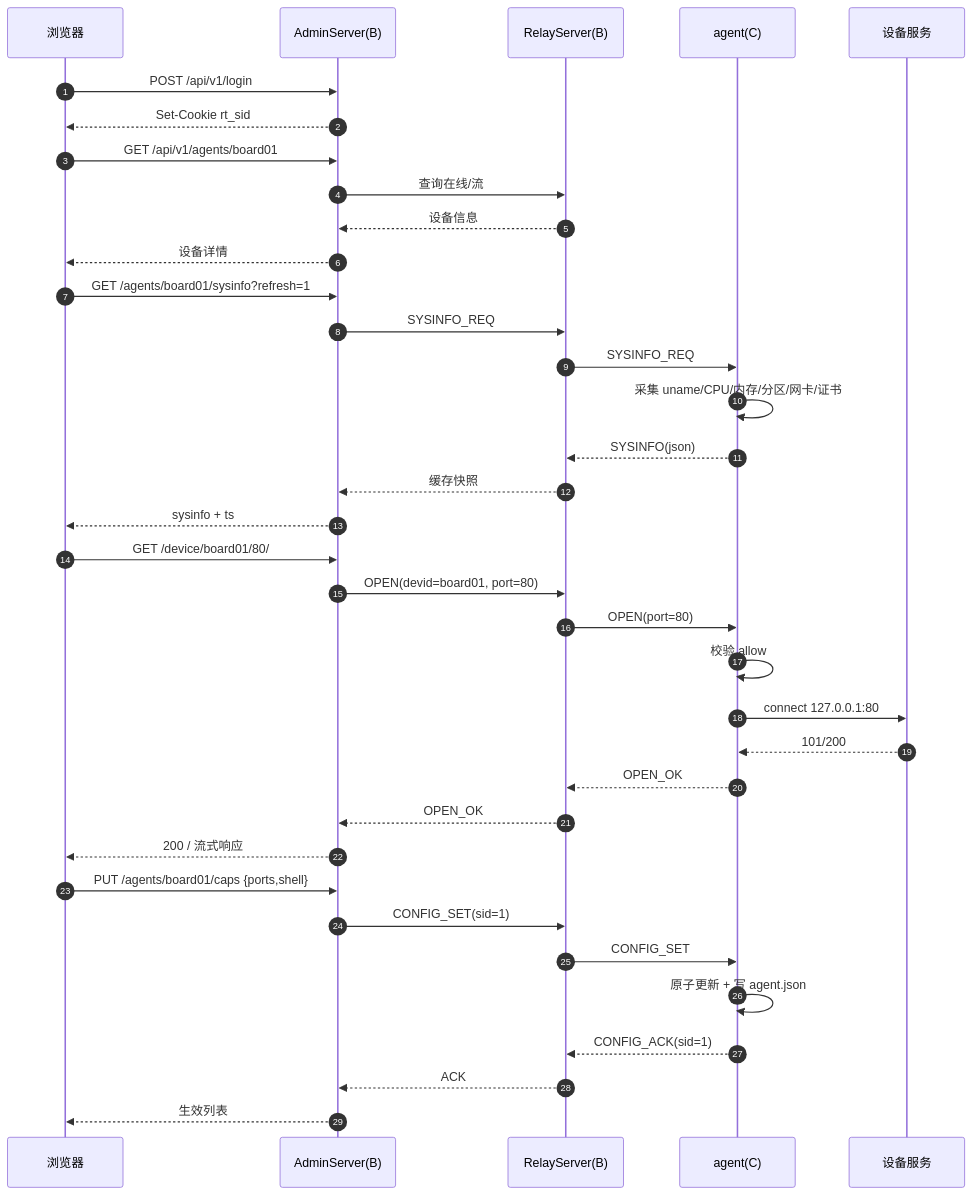
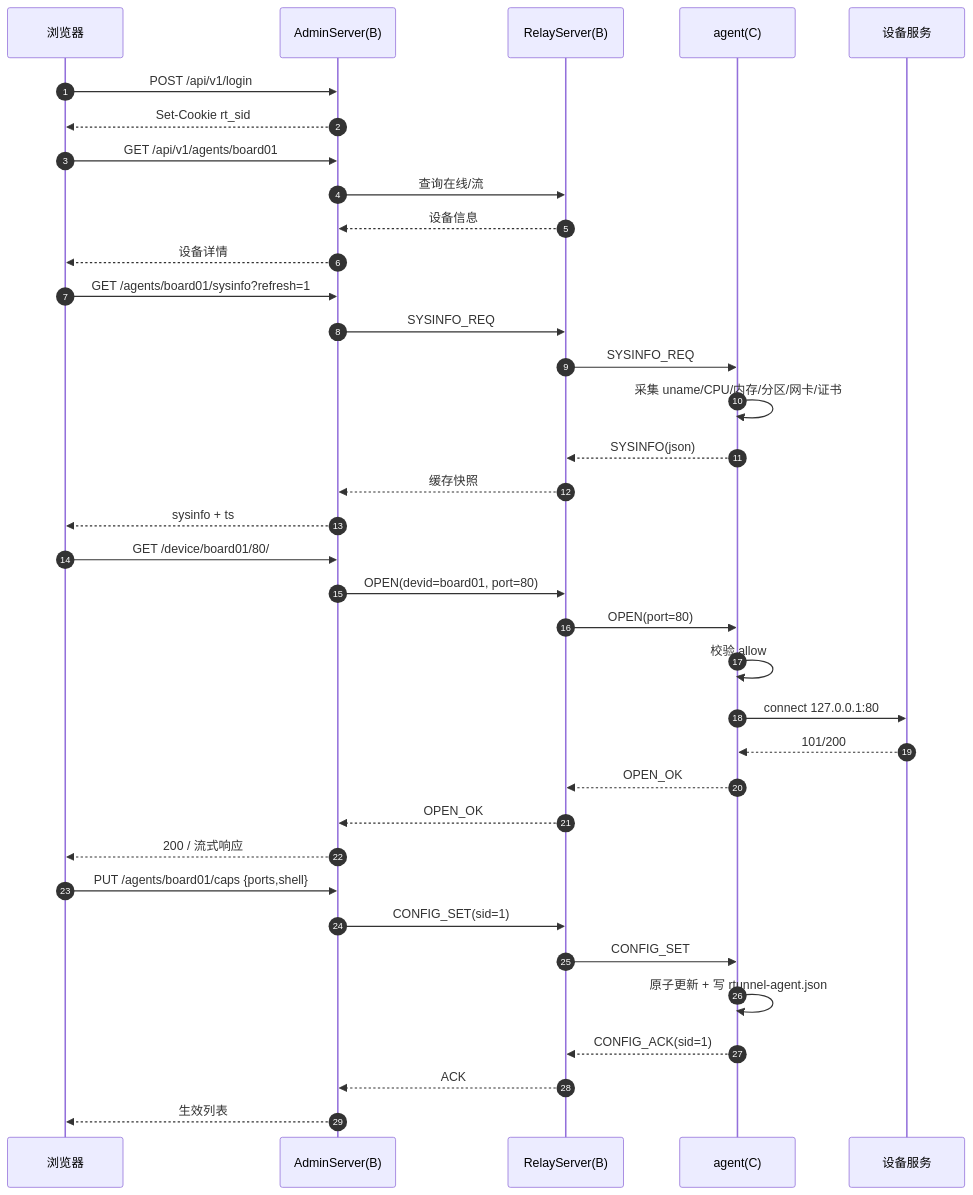
The fourth of 6 diagrams in docs/design/rtunnel-diagrams.md (c8877/libhv), drawn with Mermaid before and after one commit. The commit also changed other lines of this file and 19 other files, not shown here.

````diff
--- a/docs/design/rtunnel-diagrams.md
+++ b/docs/design/rtunnel-diagrams.md
@@ -202,42 +202,42 @@
 ```mermaid
 sequenceDiagram
     autonumber
     participant U as 浏览器
     participant A as AdminServer(B)
     participant R as RelayServer(B)
     participant C as agent(C)
     participant S as 设备服务
 
     U->>A: POST /api/v1/login
     A-->>U: Set-Cookie rt_sid
     U->>A: GET /api/v1/agents/board01
     A->>R: 查询在线/流
     R-->>A: 设备信息
     A-->>U: 设备详情
 
     U->>A: GET /agents/board01/sysinfo?refresh=1
     A->>R: SYSINFO_REQ
     R->>C: SYSINFO_REQ
     C->>C: 采集 uname/CPU/内存/分区/网卡/证书
     C-->>R: SYSINFO(json)
     R-->>A: 缓存快照
     A-->>U: sysinfo + ts
 
     U->>A: GET /device/board01/80/
     A->>R: OPEN(devid=board01, port=80)
     R->>C: OPEN(port=80)
     C->>C: 校验 allow
     C->>S: connect 127.0.0.1:80
     S-->>C: 101/200
     C-->>R: OPEN_OK
     R-->>A: OPEN_OK
     A-->>U: 200 / 流式响应
 
     U->>A: PUT /agents/board01/caps {ports,shell}
     A->>R: CONFIG_SET(sid=1)
     R->>C: CONFIG_SET
-    C->>C: 原子更新 + 写 agent.json
+    C->>C: 原子更新 + 写 rtunnel-agent.json
     C-->>R: CONFIG_ACK(sid=1)
     R-->>A: ACK
     A-->>U: 生效列表
 ```
````
